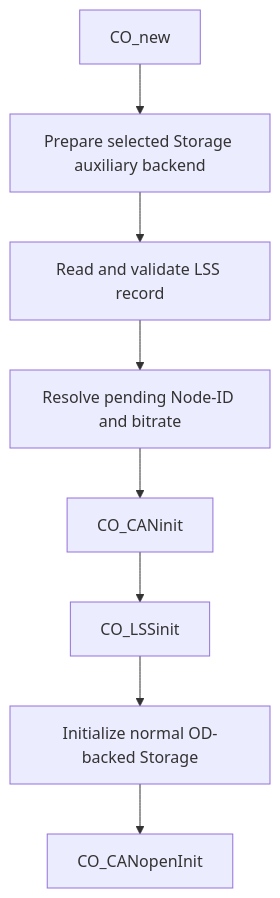
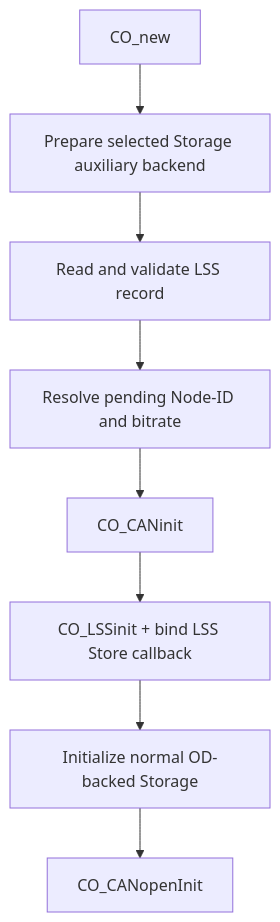
One commit to wdfk-prog/canopennode-rtt changed the diagram in docs/en/lss-persistence.md. Above: the diagram before and after it, drawn with Mermaid. The commit also changed other lines of this file and 5 other files, not shown here.

First line of the commit message:
feat[canopennode][lss]: persist LSS Store configuration

````diff
--- a/docs/en/lss-persistence.md
+++ b/docs/en/lss-persistence.md
@@ -9,10 +9,10 @@
 ```mermaid
 flowchart TD
     A[CO_new] --> B[Prepare selected Storage auxiliary backend]
     B --> C[Read and validate LSS record]
     C --> D[Resolve pending Node-ID and bitrate]
     D --> E[CO_CANinit]
-    E --> F[CO_LSSinit]
+    E --> F[CO_LSSinit + bind LSS Store callback]
     F --> G[Initialize normal OD-backed Storage]
     G --> H[CO_CANopenInit]
 ```
````
